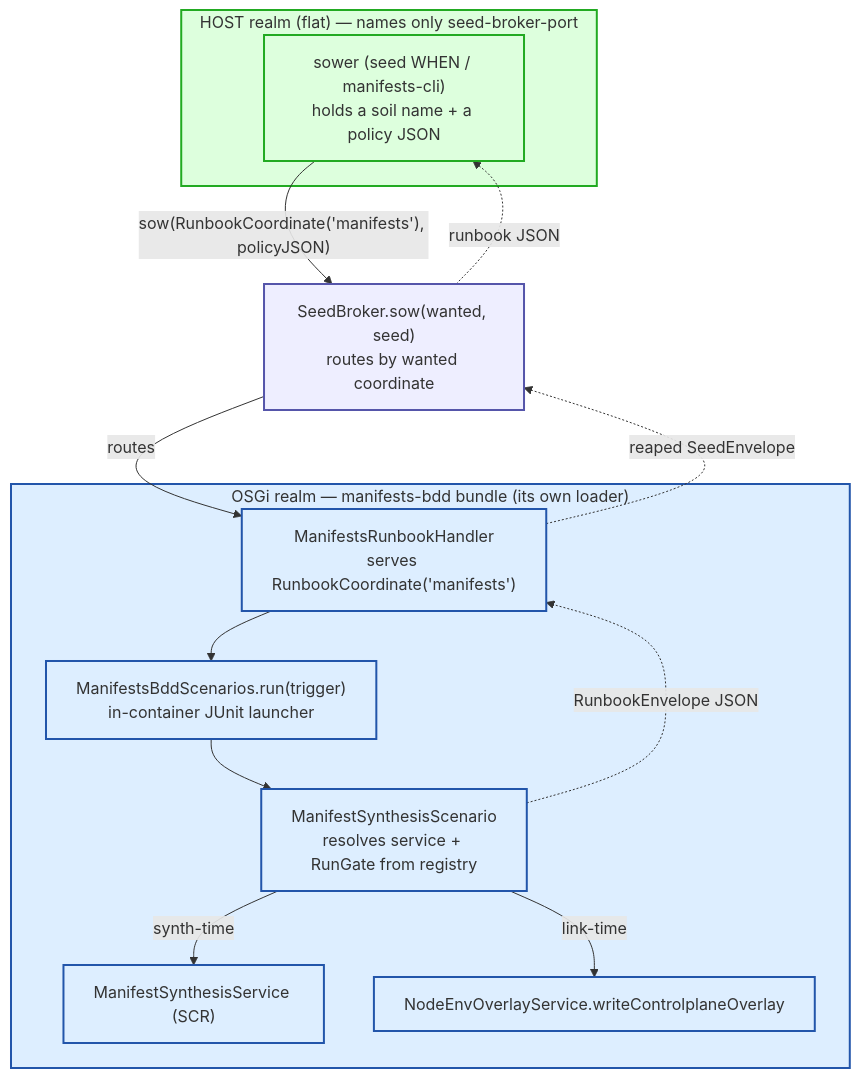
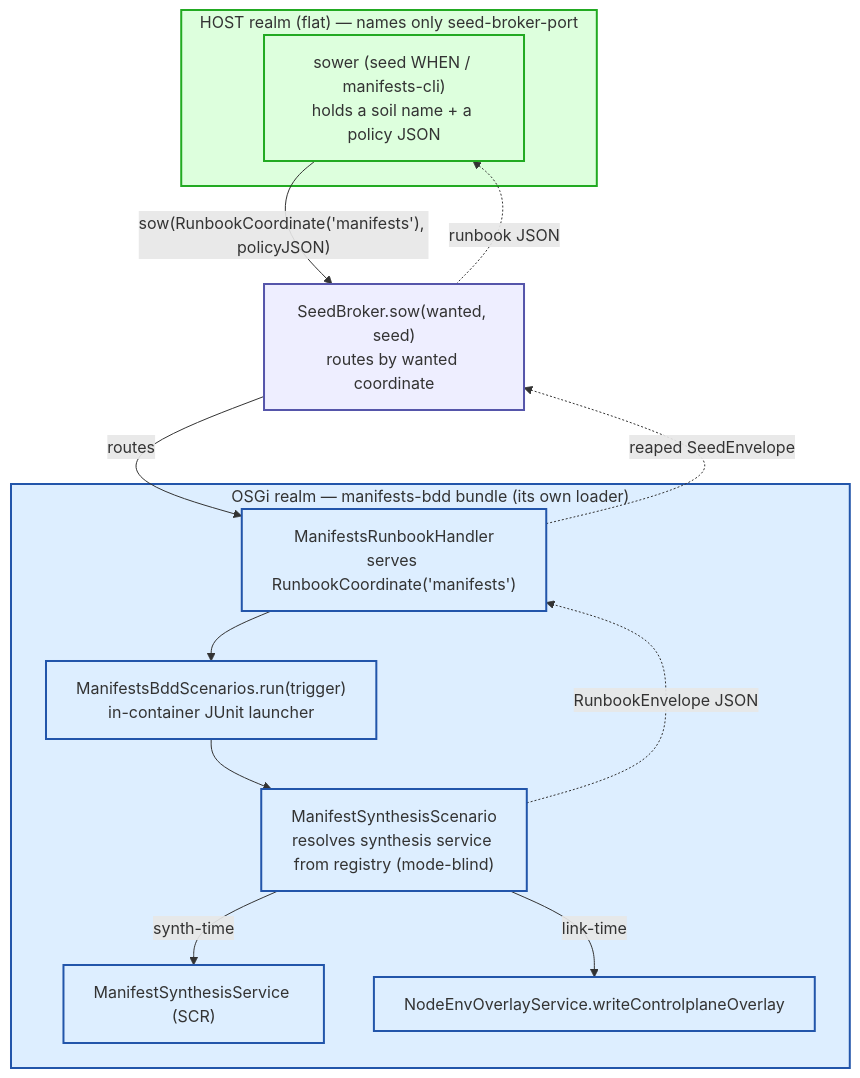
Before and after one commit to nxmatic/rke2lab: the first of 3 diagrams in docs/architecture/osgi/manifests-bdd-spec.adoc, drawn with Mermaid. The commit also changed other lines of this file and 14 other files, not shown here.

```diff
--- a/docs/architecture/osgi/manifests-bdd-spec.adoc
+++ b/docs/architecture/osgi/manifests-bdd-spec.adoc
@@ -23,33 +23,33 @@
 [mermaid]
 ----
 flowchart TB
   subgraph host["HOST realm (flat) — names only seed-broker-port"]
     caller["sower (seed WHEN / manifests-cli)<br/>holds a soil name + a policy JSON"]
   end
 
   broker["SeedBroker.sow(wanted, seed)<br/>routes by wanted coordinate"]
 
   subgraph felix["OSGi realm — manifests-bdd bundle (its own loader)"]
     handler["ManifestsRunbookHandler<br/>serves RunbookCoordinate('manifests')"]
     front["ManifestsBddScenarios.run(trigger)<br/>in-container JUnit launcher"]
-    scen["ManifestSynthesisScenario<br/>resolves service + RunGate from registry"]
+    scen["ManifestSynthesisScenario<br/>resolves synthesis service from registry (mode-blind)"]
     svc["ManifestSynthesisService (SCR)"]
     overlay["NodeEnvOverlayService.writeControlplaneOverlay"]
   end
 
   caller -->|"sow(RunbookCoordinate('manifests'), policyJSON)"| broker
   broker -->|routes| handler
   handler --> front --> scen
   scen -->|synth-time| svc
   scen -->|link-time| overlay
   scen -.->|RunbookEnvelope JSON| handler
   handler -.->|reaped SeedEnvelope| broker
   broker -.->|runbook JSON| caller
 
   classDef h fill:#dfd,stroke:#2a2,stroke-width:2px;
   classDef b fill:#eef,stroke:#55a,stroke-width:2px;
   classDef f fill:#def,stroke:#25a,stroke-width:2px;
   class host,caller h;
   class broker b;
   class felix,handler,front,scen,svc,overlay f;
 ----
```
